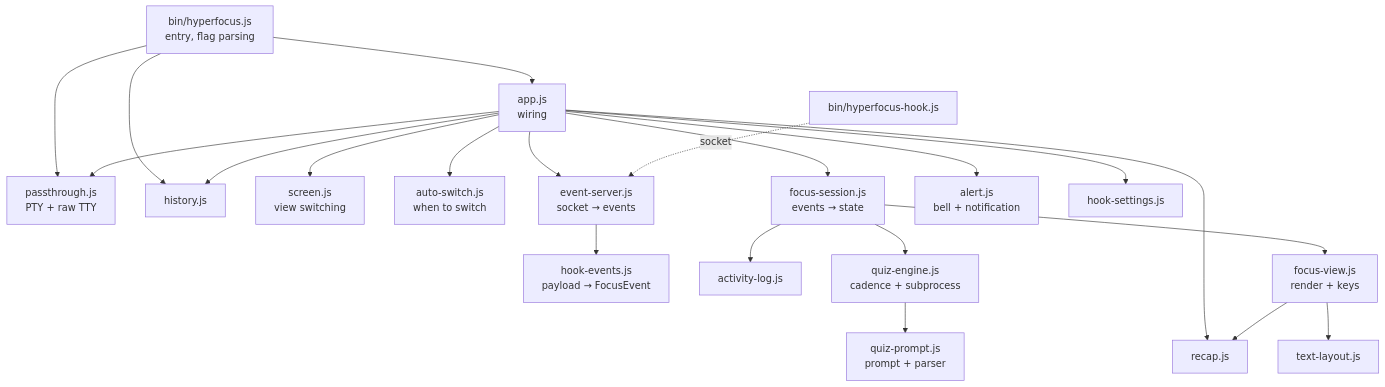
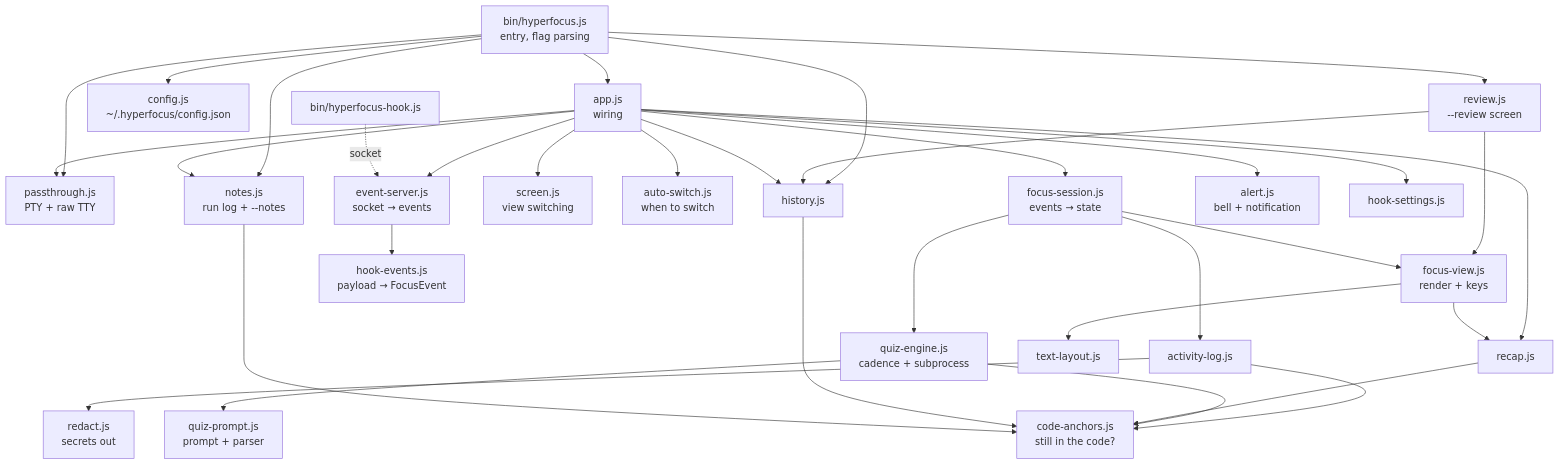
The third of 12 diagrams in docs/ARCHITECTURE.md (TEJASVISJAIN/hyperfocus), drawn with Mermaid before and after one commit. The commit also changed other lines of this file and 43 other files, not shown here.

First line of the commit message:
Release 0.2.0: richer questions, live view, review that ignores discarded code

````diff
--- a/docs/ARCHITECTURE.md
+++ b/docs/ARCHITECTURE.md
@@ -116,23 +116,35 @@
 ```mermaid
 flowchart TB
     bin[bin/hyperfocus.js<br/>entry, flag parsing] --> app[app.js<br/>wiring]
     bin --> passthrough
     bin --> history
+    bin --> config[config.js<br/>~/.hyperfocus/config.json]
+    bin --> notes[notes.js<br/>run log + --notes]
+    bin --> review[review.js<br/>--review screen]
+    review --> view
+    review --> history
+    app --> notes
     app --> passthrough[passthrough.js<br/>PTY + raw TTY]
     app --> screen[screen.js<br/>view switching]
     app --> autoswitch[auto-switch.js<br/>when to switch]
     app --> server[event-server.js<br/>socket → events]
     app --> session[focus-session.js<br/>events → state]
     app --> recap[recap.js]
     app --> alert[alert.js<br/>bell + notification]
     app --> history[history.js]
     app --> hooksettings[hook-settings.js]
     server --> hookevents[hook-events.js<br/>payload → FocusEvent]
     session --> activity[activity-log.js]
+    activity --> redact[redact.js<br/>secrets out]
+    activity --> anchors[code-anchors.js<br/>still in the code?]
+    engine --> anchors
+    recap --> anchors
+    history --> anchors
+    notes --> anchors
     session --> engine[quiz-engine.js<br/>cadence + subprocess]
     session --> view[focus-view.js<br/>render + keys]
     engine --> prompt[quiz-prompt.js<br/>prompt + parser]
     view --> recap
     view --> layout[text-layout.js]
     hookbin[bin/hyperfocus-hook.js] -. socket .-> server
 ```
````
